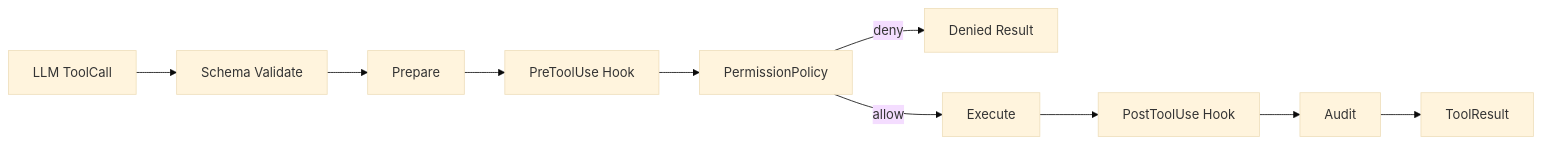
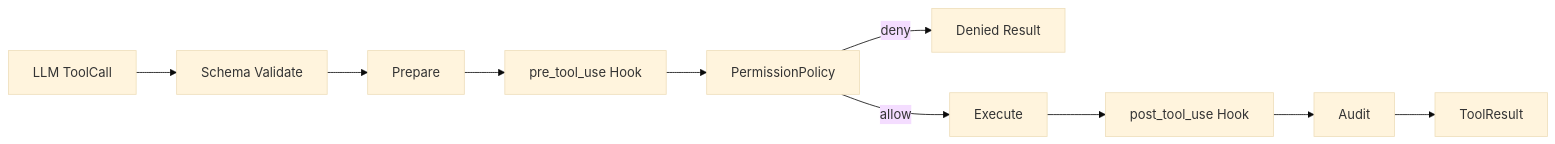
The sixth of 8 diagrams in docs/04-Agent-Runtime详细设计.md (Michaelxwb/fluxion-harness), drawn with Mermaid (base theme) before and after one commit. The commit also changed other lines of this file and 55 other files, not shown here.

````diff
--- a/docs/04-Agent-Runtime详细设计.md
+++ b/docs/04-Agent-Runtime详细设计.md
@@ -486,12 +525,12 @@
 ```mermaid
 flowchart LR
     TC[LLM ToolCall] --> V[Schema Validate]
     V --> P[Prepare]
-    P --> PRE[PreToolUse Hook]
+    P --> PRE[pre_tool_use Hook]
     PRE --> POL[PermissionPolicy]
     POL -->|deny| D[Denied Result]
     POL -->|allow| EX[Execute]
-    EX --> POST[PostToolUse Hook]
+    EX --> POST[post_tool_use Hook]
     POST --> AUD[Audit]
     AUD --> RES[ToolResult]
 ```
````
